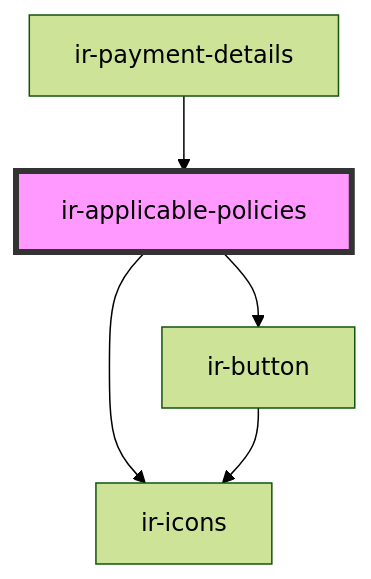
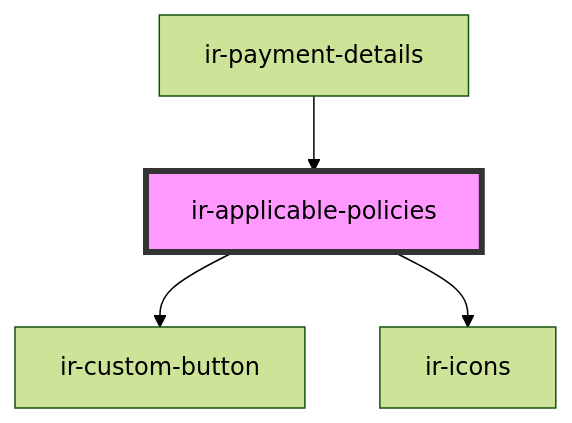
One commit to David1Chowaifaty/modified-ir-webcmp changed the diagram in src/components/ir-booking-details/ir-payment-details/ir-applicable-policies/readme.md. Above: the diagram before and after it, drawn with Mermaid (forest theme). The commit also changed other lines of this file and 70 other files, not shown here.

````diff
--- a/src/components/ir-booking-details/ir-payment-details/ir-applicable-policies/readme.md
+++ b/src/components/ir-booking-details/ir-payment-details/ir-applicable-policies/readme.md
@@ -36,8 +36,7 @@
 ```mermaid
 graph TD;
-  ir-applicable-policies --> ir-button
+  ir-applicable-policies --> ir-custom-button
   ir-applicable-policies --> ir-icons
-  ir-button --> ir-icons
   ir-payment-details --> ir-applicable-policies
   style ir-applicable-policies fill:#f9f,stroke:#333,stroke-width:4px
 ```
````
